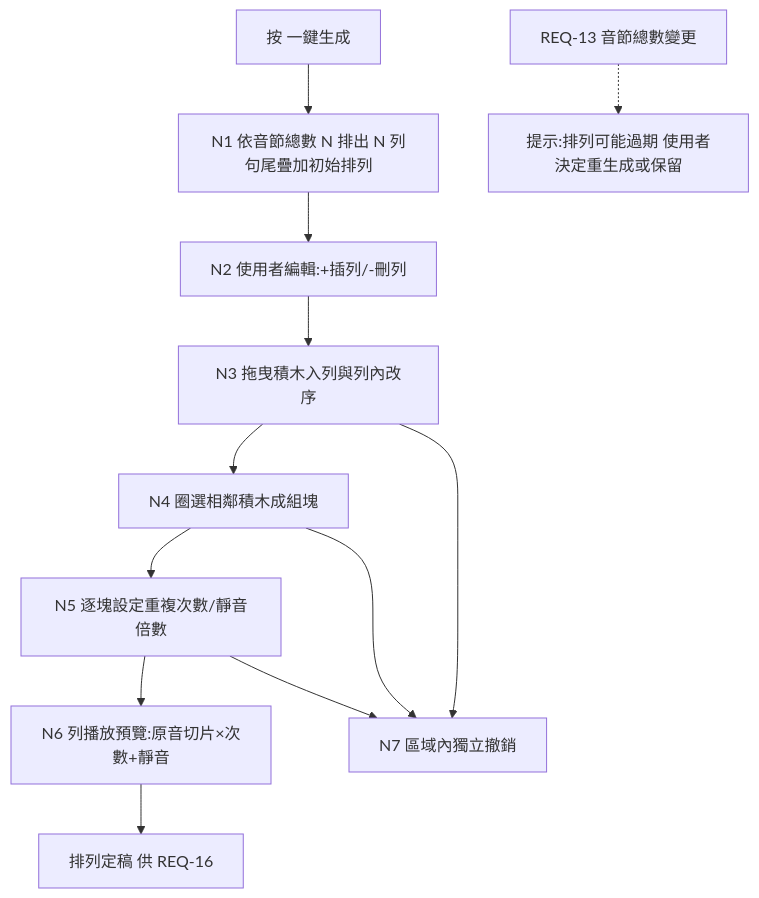
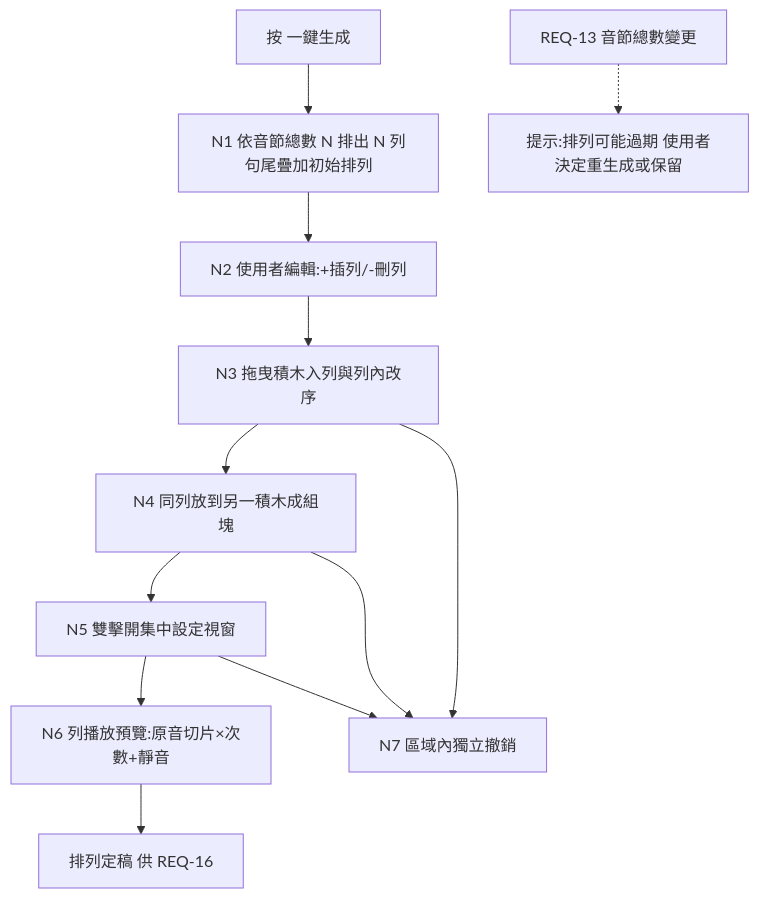
Before and after one commit to karenli628/syllable-repeater: the ninth of 14 diagrams in spec-syllable-repeater/requirements/syllable-practice-macos-v1.1_20260712/requirement/requirement.md, drawn with Mermaid. The commit also changed other lines of this file and 19 other files, not shown here.

````diff
--- a/spec-syllable-repeater/requirements/syllable-practice-macos-v1.1_20260712/requirement/requirement.md
+++ b/spec-syllable-repeater/requirements/syllable-practice-macos-v1.1_20260712/requirement/requirement.md
@@ -637,14 +678,14 @@
 ```mermaid
 flowchart TD
     S[按 一鍵生成] --> N1[N1 依音節總數 N 排出 N 列句尾疊加初始排列]
     N1 --> N2[N2 使用者編輯:+插列/-刪列]
     N2 --> N3[N3 拖曳積木入列與列內改序]
-    N3 --> N4[N4 圈選相鄰積木成組塊]
-    N4 --> N5[N5 逐塊設定重複次數/靜音倍數]
+    N3 --> N4[N4 同列放到另一積木成組塊]
+    N4 --> N5[N5 雙擊開集中設定視窗]
     N5 --> N6[N6 列播放預覽:原音切片×次數+靜音]
     N3 --> N7[N7 區域內獨立撤銷]
     N4 --> N7
     N5 --> N7
     N6 --> END[排列定稿 供 REQ-16]
     X[REQ-13 音節總數變更] -.-> W[提示:排列可能過期 使用者決定重生成或保留]
 ```
````
